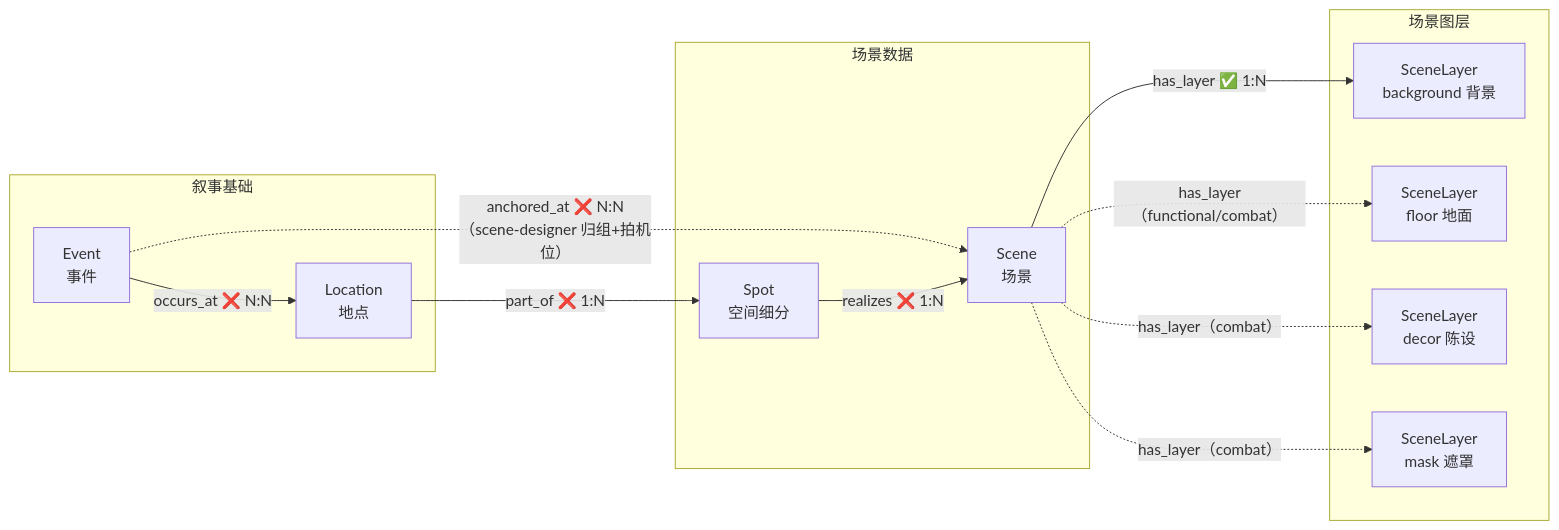
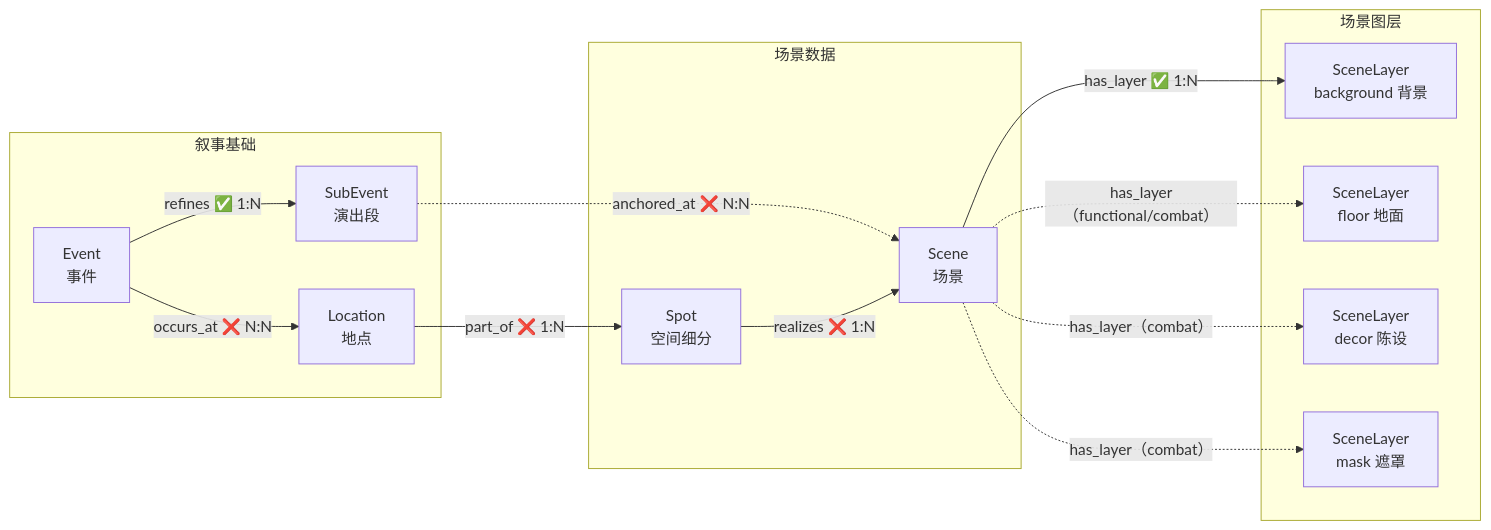
The diagram in 00_init/Schema/场景美术.md (CrazyJinn/ProxyLove), drawn with Mermaid before and after one commit. The commit also changed other lines of this file and 5 other files, not shown here.

First line of the commit message:
Schema 一致性修正 + 去生产者化（回归纯数据字典）

````diff
--- a/00_init/Schema/场景美术.md
+++ b/00_init/Schema/场景美术.md
@@ -144,28 +144,30 @@
 ```mermaid
 flowchart LR
     subgraph 叙事["叙事基础"]
         Event["Event<br/>事件"]
+        SubEvent["SubEvent<br/>演出段"]
         Location["Location<br/>地点"]
     end
 
     subgraph 场景数据["场景数据"]
         Spot["Spot<br/>空间细分"]
         Scene["Scene<br/>场景"]
     end
 
     subgraph 场景生产["场景图层"]
         Bg["SceneLayer<br/>background 背景"]
         Floor["SceneLayer<br/>floor 地面"]
         Decor["SceneLayer<br/>decor 陈设"]
         Mask["SceneLayer<br/>mask 遮罩"]
     end
 
     Event -->|"occurs_at ❌ N:N"| Location
-    Event -.->|"anchored_at ❌ N:N（scene-designer 归组+拍机位）"| Scene
+    Event -->|"refines ✅ 1:N"| SubEvent
+    SubEvent -.->|"anchored_at ❌ N:N"| Scene
     Location -->|"part_of ❌ 1:N"| Spot
     Spot -->|"realizes ❌ 1:N"| Scene
     Scene -->|"has_layer ✅ 1:N"| Bg
     Scene -.->|"has_layer（functional/combat）"| Floor
     Scene -.->|"has_layer（combat）"| Decor
     Scene -.->|"has_layer（combat）"| Mask
 ```
````
